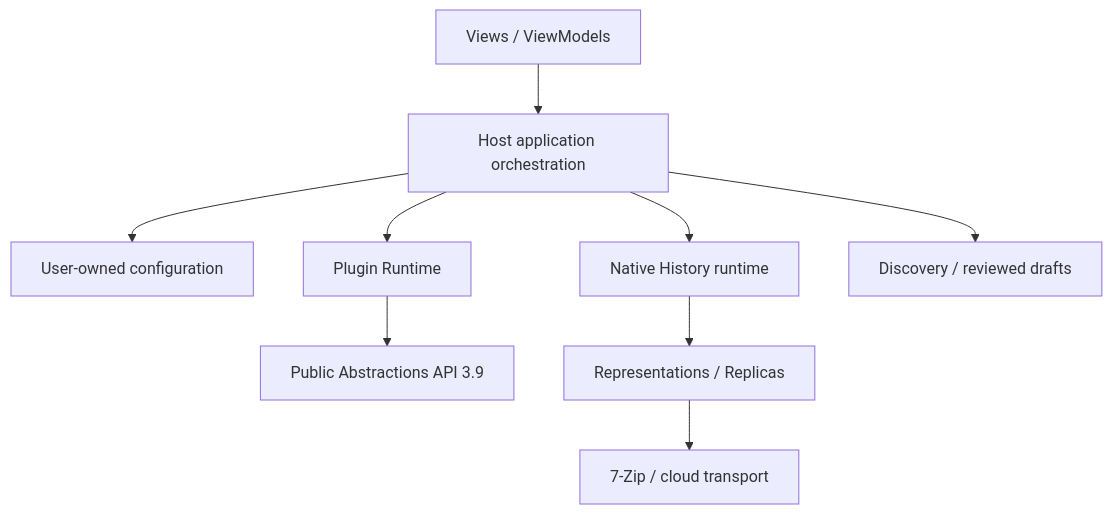
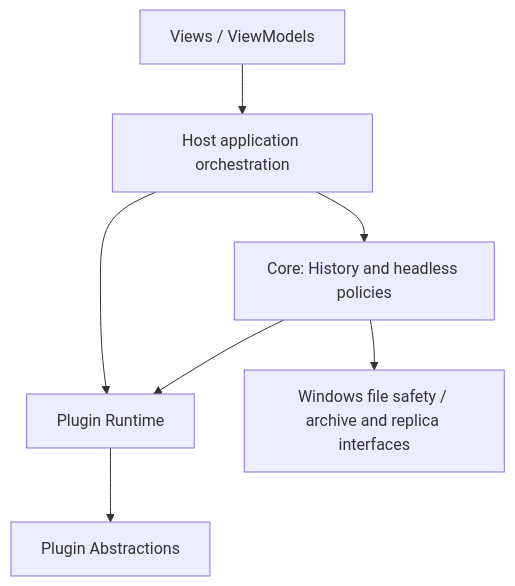
Before and after one commit to Leafuke/FolderRewind-Site: the diagram in i18n/en/docusaurus-plugin-content-docs/current/architecture/index.md, drawn with Mermaid. The commit also changed other lines of this file and 22 other files, not shown here.

First line of the commit message:
docs(architecture): 同步核心边界与开发文档

````diff
--- a/i18n/en/docusaurus-plugin-content-docs/current/architecture/index.md
+++ b/i18n/en/docusaurus-plugin-content-docs/current/architecture/index.md
@@ -14,11 +14,9 @@
 ```mermaid
 flowchart TD
-  V[Views / ViewModels] --> H[Host application orchestration]
-  H --> C[User-owned configuration]
-  H --> N[Native History runtime]
-  H --> P[Plugin Runtime]
-  P --> A[Public Abstractions API 3.9]
-  N --> R[Representations / Replicas]
-  R --> Z[7-Zip / cloud transport]
-  H --> D[Discovery / reviewed drafts]
+  UI[Views / ViewModels] --> Host[Host application orchestration]
+  Host --> Core[Core: History and headless policies]
+  Host --> Runtime[Plugin Runtime]
+  Core --> Runtime
+  Runtime --> API[Plugin Abstractions]
+  Core --> Storage[Windows file safety / archive and replica interfaces]
 ```
````
